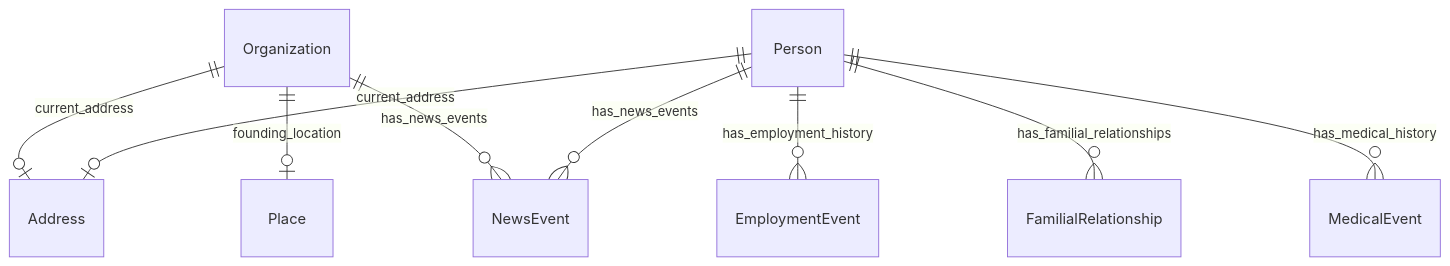
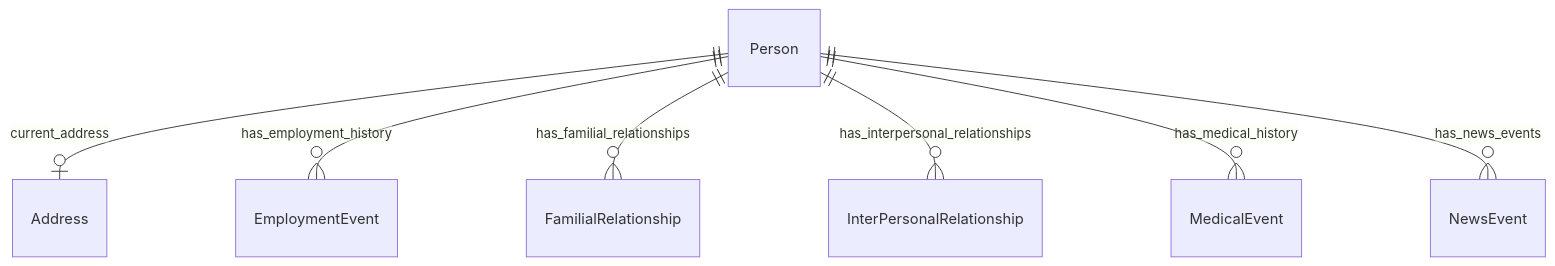
One commit to linkml/linkml changed the third of 23 diagrams in tests/linkml/test_generators/__snapshots__/personinfo.md. Above: the diagram before and after it, drawn with Mermaid. The commit also changed other lines of this file, not shown here.

````diff
--- a/tests/linkml/test_generators/__snapshots__/personinfo.md
+++ b/tests/linkml/test_generators/__snapshots__/personinfo.md
@@ -129,22 +153,17 @@
 ```mermaid
 erDiagram
 Address {
-
-}
-Organization {
 
 }
 Person {
 
 }
 
-Organization ||--|o Address : "current_address"
-Organization ||--|o Place : "founding_location"
-Organization ||--}o NewsEvent : "has_news_events"
 Person ||--|o Address : "current_address"
 Person ||--}o EmploymentEvent : "has_employment_history"
 Person ||--}o FamilialRelationship : "has_familial_relationships"
+Person ||--}o InterPersonalRelationship : "has_interpersonal_relationships"
 Person ||--}o MedicalEvent : "has_medical_history"
 Person ||--}o NewsEvent : "has_news_events"
 
 ```
````
